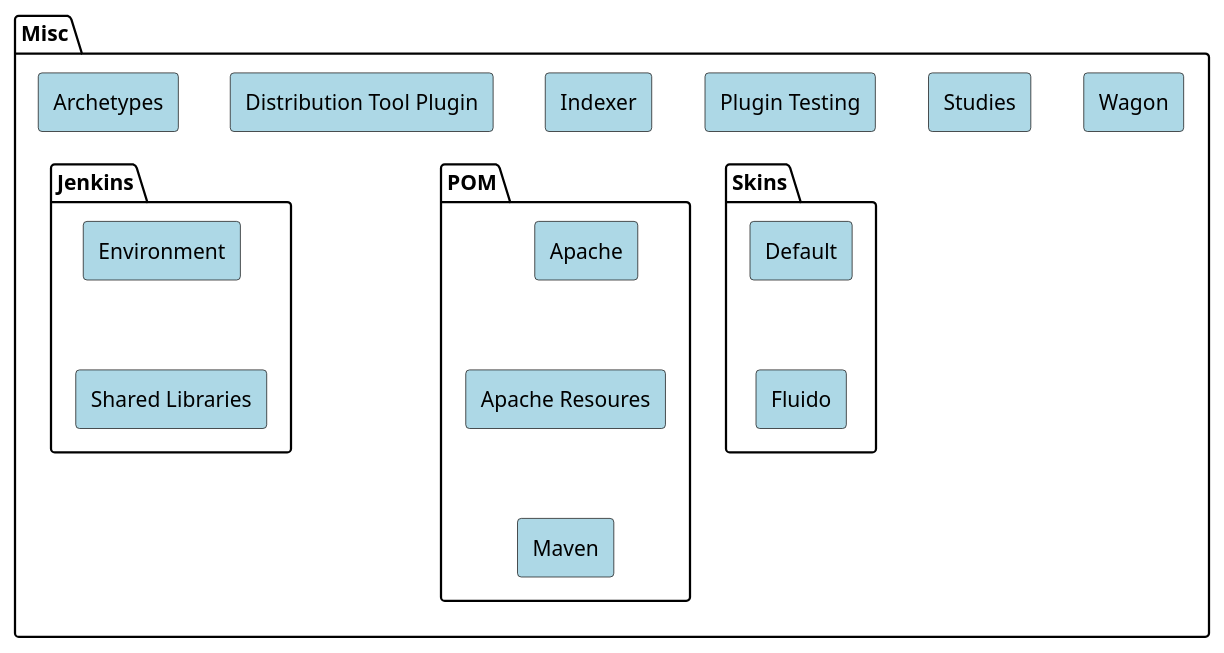
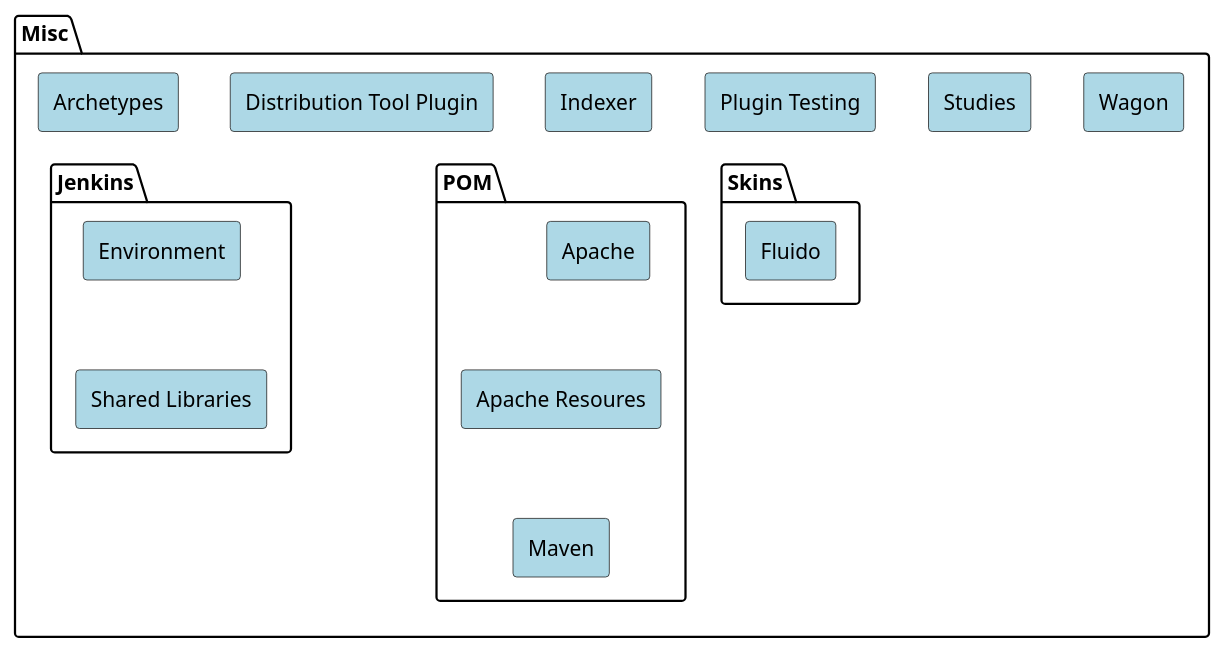
One commit to apache/maven-site changed the diagram in src/plantuml/maven-sources/misc.puml. Above: the diagram before and after it, drawn with PlantUML. The commit also changed 1 other file, not shown here.

Commit message:
Retire Default skin

```diff
--- a/src/plantuml/maven-sources/misc.puml
+++ b/src/plantuml/maven-sources/misc.puml
@@ -19,72 +19,66 @@
 @startuml
 
 <style>
     rectangle {
         BackgroundColor LightBlue
     }
 }
 </style>
 
 package Misc {
   rectangle Archetypes
   rectangle "Distribution Tool Plugin"
   rectangle Indexer
   package Jenkins {
     rectangle Environment
     rectangle "Shared Libraries"
   }
   rectangle "Plugin Testing"
   package POM {
     rectangle "Apache"
     rectangle "Apache Resoures"
     rectangle "Maven"
   }
   package Skins {
-    rectangle Default
     rectangle Fluido
   }
   rectangle Studies
   rectangle Wagon
 }
 
 'hidden dependencies to change layout
 Archetypes -[hidden]> "Distribution Tool Plugin"
 "Distribution Tool Plugin" -[hidden]> Indexer
 Indexer -[hidden]> "Plugin Testing"
 "Plugin Testing" -[hidden]> Studies
 Studies -[hidden]> Wagon
 
 Environment -[hidden]down-> "Shared Libraries"
-'"Shared Libraries" -[hidden]> "Plugin Testing"
 
 "Apache" -[hidden]down-> "Apache Resoures"
 "Apache Resoures" -[hidden]down-> "Maven"
-'"Apache" -[hidden]> Default
-
-Default -[hidden]down-> Fluido
-'Default -[hidden]> Studies
+"Apache" -[hidden]> Fluido
 
 Archetypes -[hidden]down-> Environment
 Indexer -[hidden]down-> "Apache"
-"Plugin Testing" -[hidden]down-> Default
+"Plugin Testing" -[hidden]down-> Fluido
 
 url of "Archetypes" is [[https://github.com/apache/maven-archetype]]
 url of "Distribution Tool Plugin" is [[https://github.com/apache/maven-dist-tool]]
 url of Indexer is [[https://github.com/apache/maven-indexer]]
 
 url of Environment is [[https://github.com/apache/maven-jenkins-env]]
 url of "Shared Libraries" is [[https://github.com/apache/maven-jenkins-lib]]
 
 url of "Plugin Testing" is [[https://github.com/apache/maven-plugin-testing]]
 
 url of "Apache" is [[https://github.com/apache/maven-apache-parent]]
 url of "Apache Resoures" is [[https://github.com/apache/maven-apache-resources]]
 url of "Maven" is [[https://github.com/apache/maven-parent]]
 
-url of Default is [[https://github.com/apache/maven-default-skin]]
 url of Fluido is [[https://github.com/apache/maven-fluido-skin]]
 
 url of Studies is [[https://github.com/apache/maven-studies]]
 url of Wagon is [[https://github.com/apache/maven-wagon]]
 
 @enduml
```
